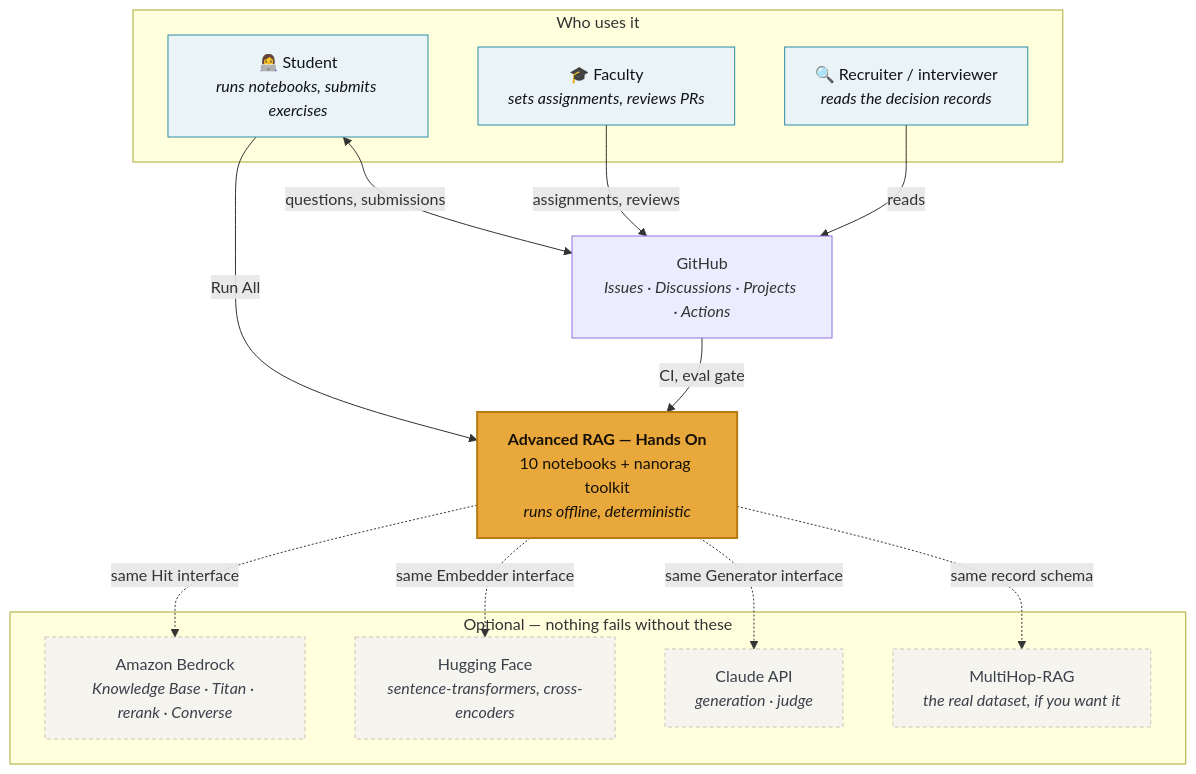
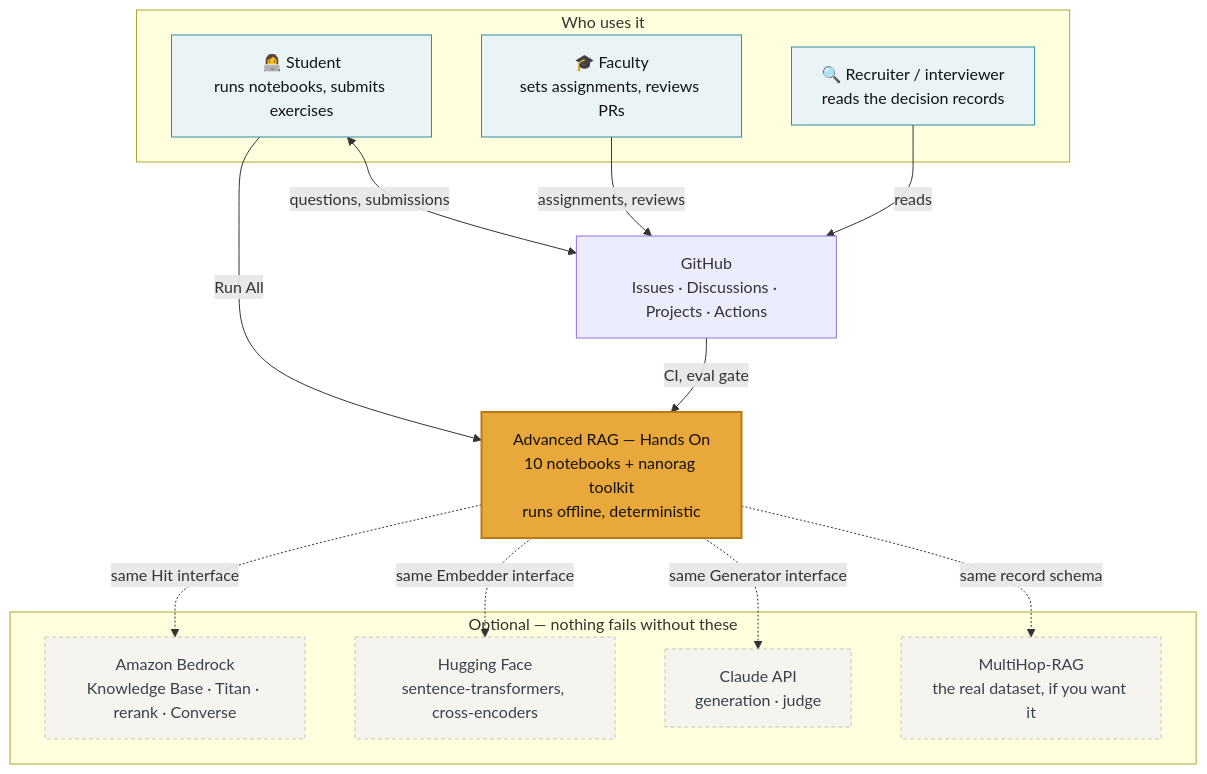
One commit to fde-academy-lab/advanced-rag-lab changed the first of 8 diagrams in README.md. Above: the diagram before and after it, drawn with Mermaid. The commit also changed other lines of this file and 8 other files, not shown here.

First line of the commit message:
fix(docs): make every Mermaid diagram render on GitHub, and stop it regressing

````diff
--- a/README.md
+++ b/README.md
@@ -116,36 +116,36 @@
 ```mermaid
 graph TB
     subgraph people["Who uses it"]
-        S["👩‍💻 Student<br/><i>runs notebooks, submits exercises</i>"]
-        F["🎓 Faculty<br/><i>sets assignments, reviews PRs</i>"]
-        R["🔍 Recruiter / interviewer<br/><i>reads the decision records</i>"]
+        S["👩‍💻 Student<br/>runs notebooks, submits exercises"]
+        F["🎓 Faculty<br/>sets assignments, reviews PRs"]
+        R["🔍 Recruiter / interviewer<br/>reads the decision records"]
     end
 
-    P["<b>Advanced RAG — Hands On</b><br/>10 notebooks + nanorag toolkit<br/><i>runs offline, deterministic</i>"]
+    P["Advanced RAG — Hands On<br/>10 notebooks + nanorag toolkit<br/>runs offline, deterministic"]
 
     subgraph optional["Optional — nothing fails without these"]
-        BR["Amazon Bedrock<br/><i>Knowledge Base · Titan · rerank · Converse</i>"]
-        HF["Hugging Face<br/><i>sentence-transformers, cross-encoders</i>"]
-        AN["Claude API<br/><i>generation · judge</i>"]
-        MH["MultiHop-RAG<br/><i>the real dataset, if you want it</i>"]
+        BR["Amazon Bedrock<br/>Knowledge Base · Titan · rerank · Converse"]
+        HF["Hugging Face<br/>sentence-transformers, cross-encoders"]
+        AN["Claude API<br/>generation · judge"]
+        MH["MultiHop-RAG<br/>the real dataset, if you want it"]
     end
 
-    GH["GitHub<br/><i>Issues · Discussions · Projects · Actions</i>"]
+    GH["GitHub<br/>Issues · Discussions · Projects · Actions"]
 
     S -->|Run All| P
     F -->|assignments, reviews| GH
     S <-->|questions, submissions| GH
     R -->|reads| GH
     P -.->|"same Hit interface"| BR
     P -.->|"same Embedder interface"| HF
     P -.->|"same Generator interface"| AN
     P -.->|"same record schema"| MH
     GH -->|CI, eval gate| P
 
     classDef core fill:#E9A83C,stroke:#B87A12,color:#151007,stroke-width:2px
     classDef opt fill:#F6F4EF,stroke:#C9C4B8,color:#3A414B,stroke-dasharray: 4 3
     classDef actor fill:#EAF4F7,stroke:#2F8CA3,color:#101318
     class P core
     class BR,HF,AN,MH opt
     class S,F,R actor
 ```
````
